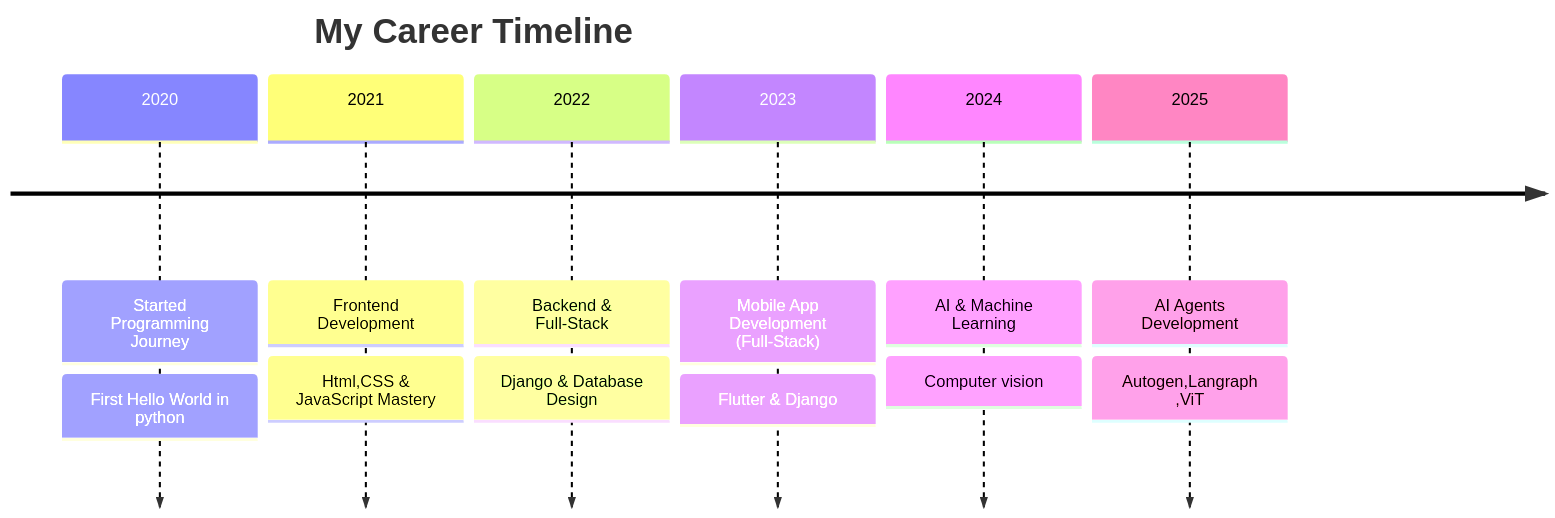
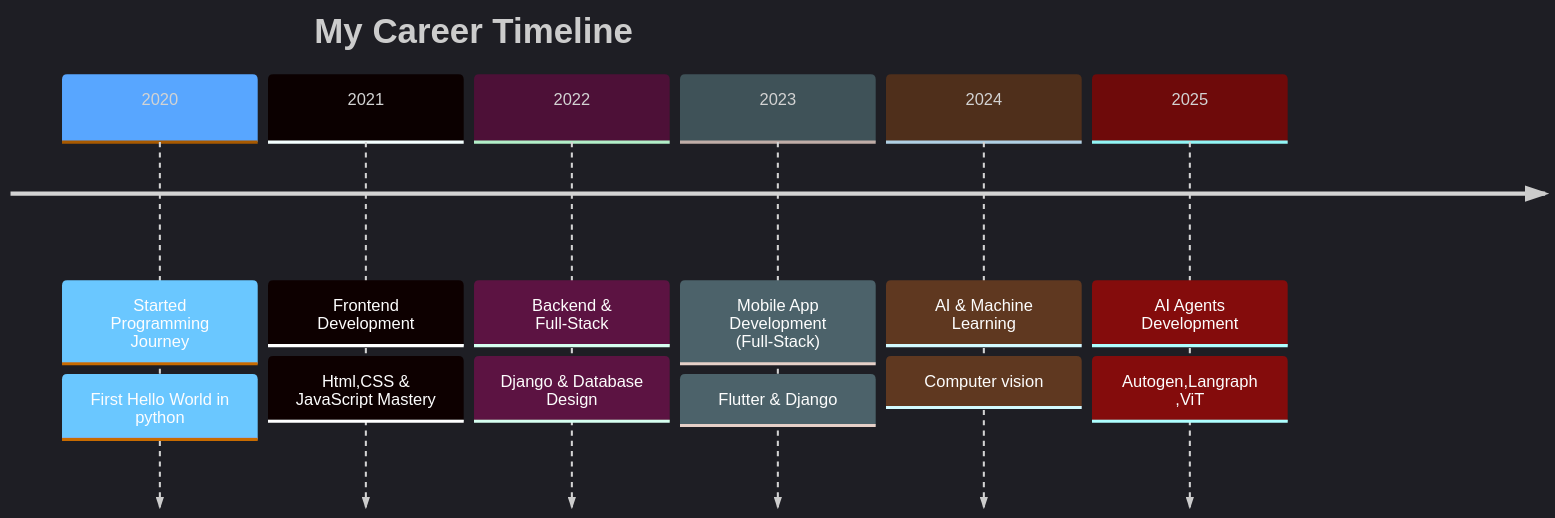
The diagram in README.md (kishore-klassy/kishore-klassy), drawn with Mermaid before and after one commit. The commit also changed other lines of this file, not shown here.

Commit message:
Refactor: Apply dark theme and improve README layout

````diff
--- a/README.md
+++ b/README.md
@@ -88,16 +114,17 @@
 ```mermaid
+%%{init: {'theme':'dark', 'themeVariables': {'primaryColor': '#58A6FF', 'primaryTextColor': '#f0f6fc', 'primaryBorderColor': '#30363d', 'lineColor': '#58A6FF', 'secondaryColor': '#161b22', 'tertiaryColor': '#0d1117'}}}%%
 timeline
     title My Career Timeline
     2020 : Started Programming Journey
          : First Hello World in python
     2021 : Frontend Development
          : Html,CSS & JavaScript Mastery
     2022 : Backend & Full-Stack
          : Django & Database Design
     2023 : Mobile App Development (Full-Stack)
          : Flutter & Django
     2024 : AI & Machine Learning
          : Computer vision
     2025 : AI Agents Development
          : Autogen,Langraph ,ViT
 ```
````
